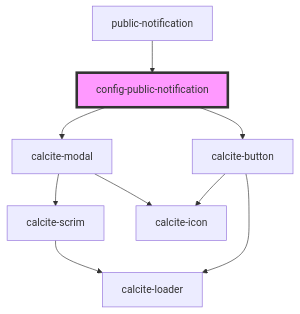
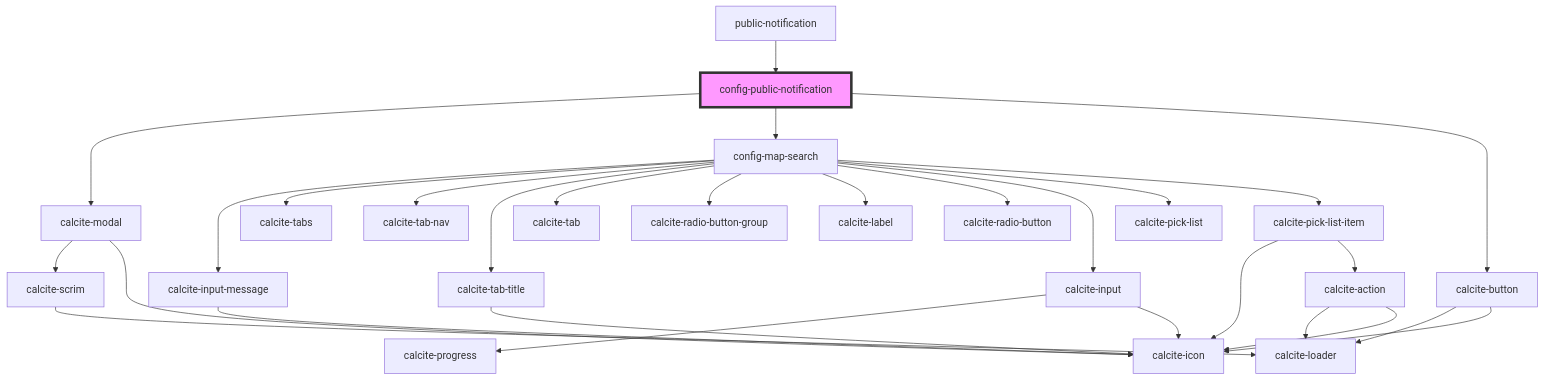
One commit to Esri/solutions-components changed the diagram in src/components/config-public-notification/readme.md. Above: the diagram before and after it, drawn with Mermaid. The commit also changed other lines of this file and 12 other files, not shown here.

Commit message:
add basic map search config

````diff
--- a/src/components/config-public-notification/readme.md
+++ b/src/components/config-public-notification/readme.md
@@ -28,12 +38,32 @@
 ```mermaid
 graph TD;
   config-public-notification --> calcite-modal
+  config-public-notification --> config-map-search
   config-public-notification --> calcite-button
   calcite-modal --> calcite-scrim
   calcite-modal --> calcite-icon
   calcite-scrim --> calcite-loader
+  config-map-search --> calcite-input-message
+  config-map-search --> calcite-tabs
+  config-map-search --> calcite-tab-nav
+  config-map-search --> calcite-tab-title
+  config-map-search --> calcite-tab
+  config-map-search --> calcite-radio-button-group
+  config-map-search --> calcite-label
+  config-map-search --> calcite-radio-button
+  config-map-search --> calcite-input
+  config-map-search --> calcite-pick-list
+  config-map-search --> calcite-pick-list-item
+  calcite-input-message --> calcite-icon
+  calcite-tab-title --> calcite-icon
+  calcite-input --> calcite-progress
+  calcite-input --> calcite-icon
+  calcite-pick-list-item --> calcite-icon
+  calcite-pick-list-item --> calcite-action
+  calcite-action --> calcite-loader
+  calcite-action --> calcite-icon
   calcite-button --> calcite-loader
   calcite-button --> calcite-icon
   public-notification --> config-public-notification
   style config-public-notification fill:#f9f,stroke:#333,stroke-width:4px
 ```
````
